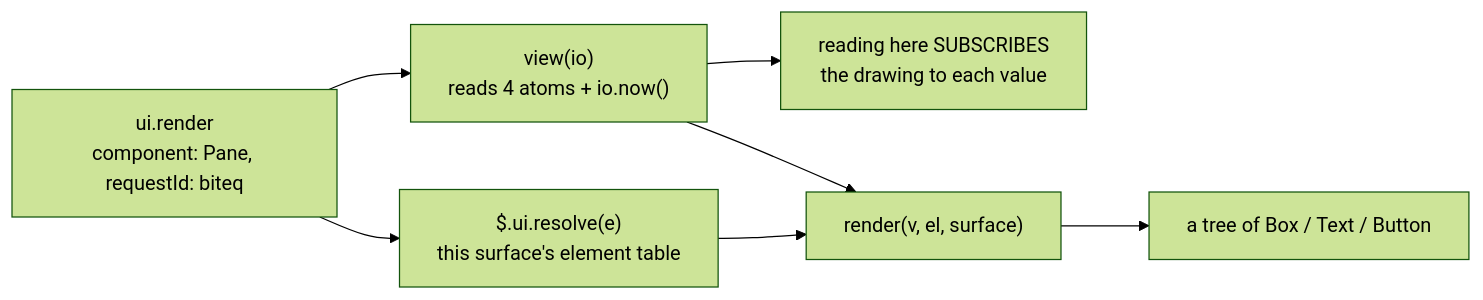
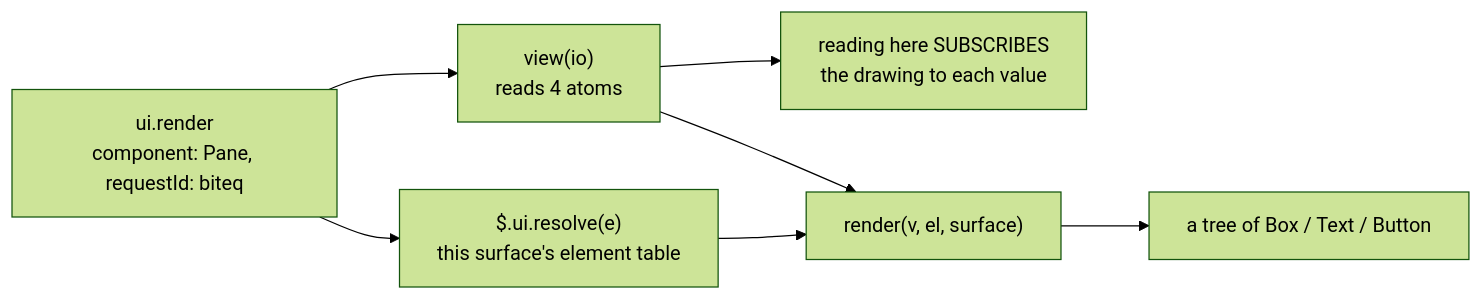
Before and after one commit to mingzew/biteq: the sixth of 12 diagrams in docs/lesson-plan.md, drawn with Mermaid (forest theme). The commit also changed other lines of this file and 17 other files, not shown here.

````diff
--- a/docs/lesson-plan.md
+++ b/docs/lesson-plan.md
@@ -306,9 +298,9 @@
 ```mermaid
 flowchart LR
-  R["ui.render<br/>component: Pane, requestId: biteq"] --> V["view(io)<br/>reads 4 atoms + io.now()"]
+  R["ui.render<br/>component: Pane, requestId: biteq"] --> V["view(io)<br/>reads 4 atoms"]
   V --> SUB["reading here SUBSCRIBES<br/>the drawing to each value"]
   R --> EL["$.ui.resolve(e)<br/>this surface's element table"]
   V --> RE["render(v, el, surface)"]
   EL --> RE
   RE --> TREE["a tree of Box / Text / Button"]
 ```
````
